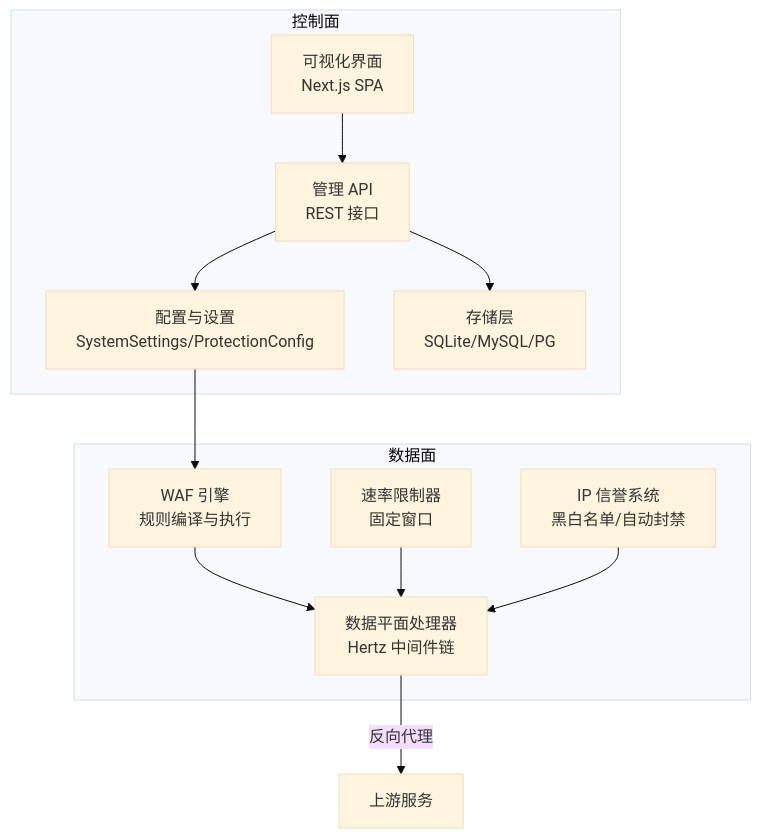
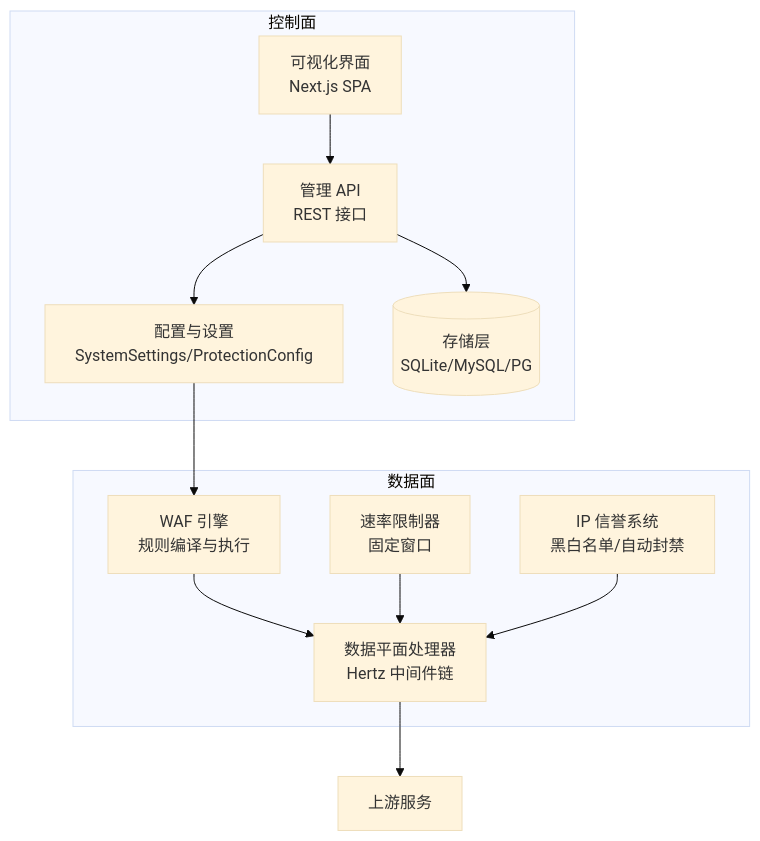
The first of 7 diagrams in docs/项目概述/项目介绍.md (x01n/My-OpenWaf), drawn with Mermaid (base theme) before and after one commit. The commit also changed other lines of this file and 199 other files, not shown here.

````diff
--- a/docs/项目概述/项目介绍.md
+++ b/docs/项目概述/项目介绍.md
@@ -47,23 +45,23 @@
 ```mermaid
 graph TB
 subgraph "控制面"
 AdminAPI["管理 API<br/>REST 接口"]
 AdminUI["可视化界面<br/>Next.js SPA"]
 Config["配置与设置<br/>SystemSettings/ProtectionConfig"]
-DB["存储层<br/>SQLite/MySQL/PG"]
+DB[(存储层<br/>SQLite/MySQL/PG)]
 end
 subgraph "数据面"
 DataPlane["数据平面处理器<br/>Hertz 中间件链"]
 Engine["WAF 引擎<br/>规则编译与执行"]
 RL["速率限制器<br/>固定窗口"]
 IPRep["IP 信誉系统<br/>黑白名单/自动封禁"]
 end
 AdminAPI --> DB
 AdminUI --> AdminAPI
 AdminAPI --> Config
 Config --> Engine
 Engine --> DataPlane
 RL --> DataPlane
 IPRep --> DataPlane
-DataPlane --> |反向代理| Upstream["上游服务"]
+DataPlane --> Upstream["上游服务"]
 ```
````
